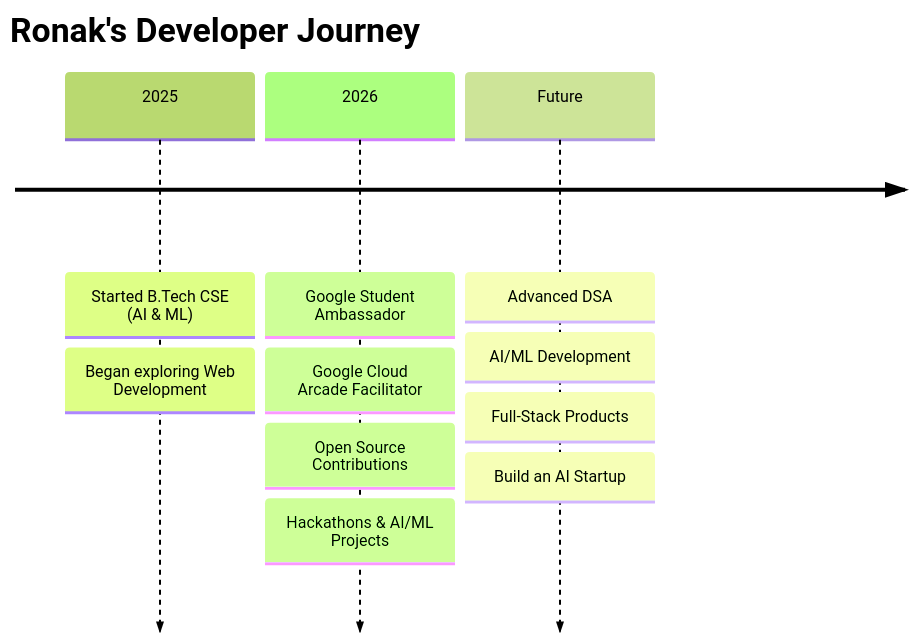
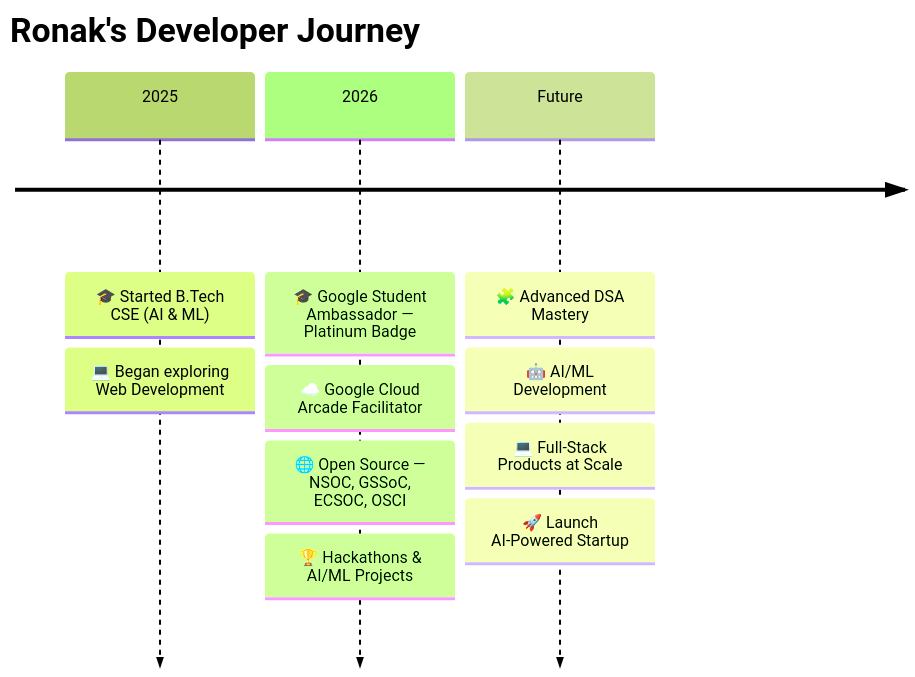
Before and after one commit to ronaksharma2908/ronaksharma2908: the diagram in README.md, drawn with Mermaid (forest theme). The commit also changed other lines of this file, not shown here.

````diff
--- a/README.md
+++ b/README.md
@@ -295,17 +221,17 @@
 ```mermaid
 timeline
     title Ronak's Developer Journey
 
-    2025 : Started B.Tech CSE (AI & ML)
-         : Began exploring Web Development
+    2025 : 🎓 Started B.Tech CSE (AI & ML)
+         : 💻 Began exploring Web Development
 
-    2026 : Google Student Ambassador
-         : Google Cloud Arcade Facilitator
-         : Open Source Contributions
-         : Hackathons & AI/ML Projects
+    2026 : 🎓 Google Student Ambassador — Platinum Badge
+         : ☁️  Google Cloud Arcade Facilitator
+         : 🌐 Open Source — NSOC, GSSoC, ECSOC, OSCI
+         : 🏆 Hackathons & AI/ML Projects
 
-    Future : Advanced DSA
-           : AI/ML Development
-           : Full-Stack Products
-           : Build an AI Startup
+    Future : 🧩 Advanced DSA Mastery
+           : 🤖 AI/ML Development
+           : 💻 Full-Stack Products at Scale
+           : 🚀 Launch AI-Powered Startup
 ```
````
